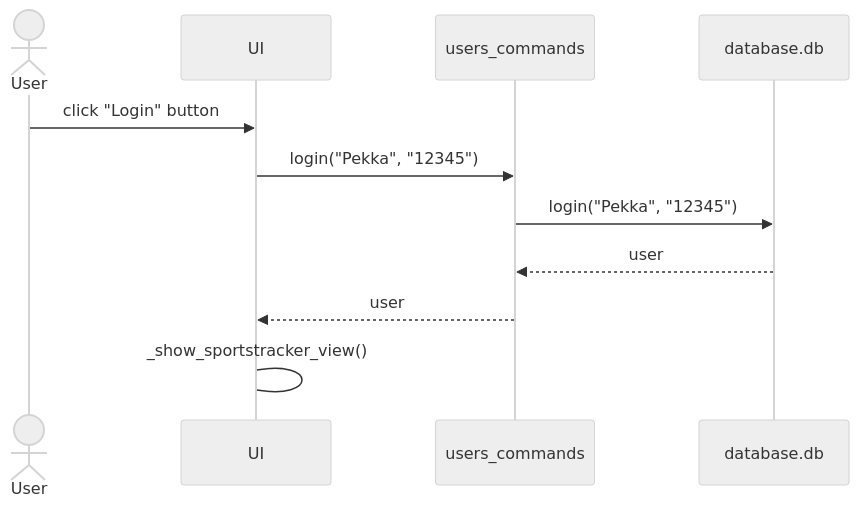
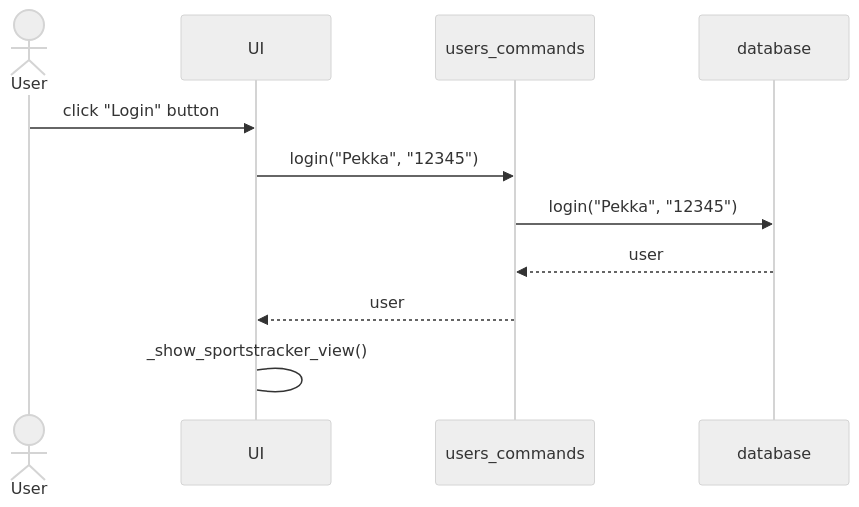
One commit to MatiasS717/Sportstracker changed the second of 5 diagrams in dokumentaatio/arkkitehtuuri.md. Above: the diagram before and after it, drawn with Mermaid (neutral theme). The commit also changed other lines of this file, not shown here.

Commit message:
Updated documentation of architecture

````diff
--- a/dokumentaatio/arkkitehtuuri.md
+++ b/dokumentaatio/arkkitehtuuri.md
@@ -22,13 +68,13 @@
 ```mermaid
 sequenceDiagram
   actor User
   participant UI
   participant users_commands
-  participant database.db
+  participant database
   User->>UI: click "Login" button
   UI->>users_commands: login("Pekka", "12345")
-  users_commands->>database.db: login("Pekka", "12345")
-  database.db-->>users_commands: user
+  users_commands->>database: login("Pekka", "12345")
+  database-->>users_commands: user
   users_commands-->>UI: user
   UI->UI: _show_sportstracker_view()
 ```
````
